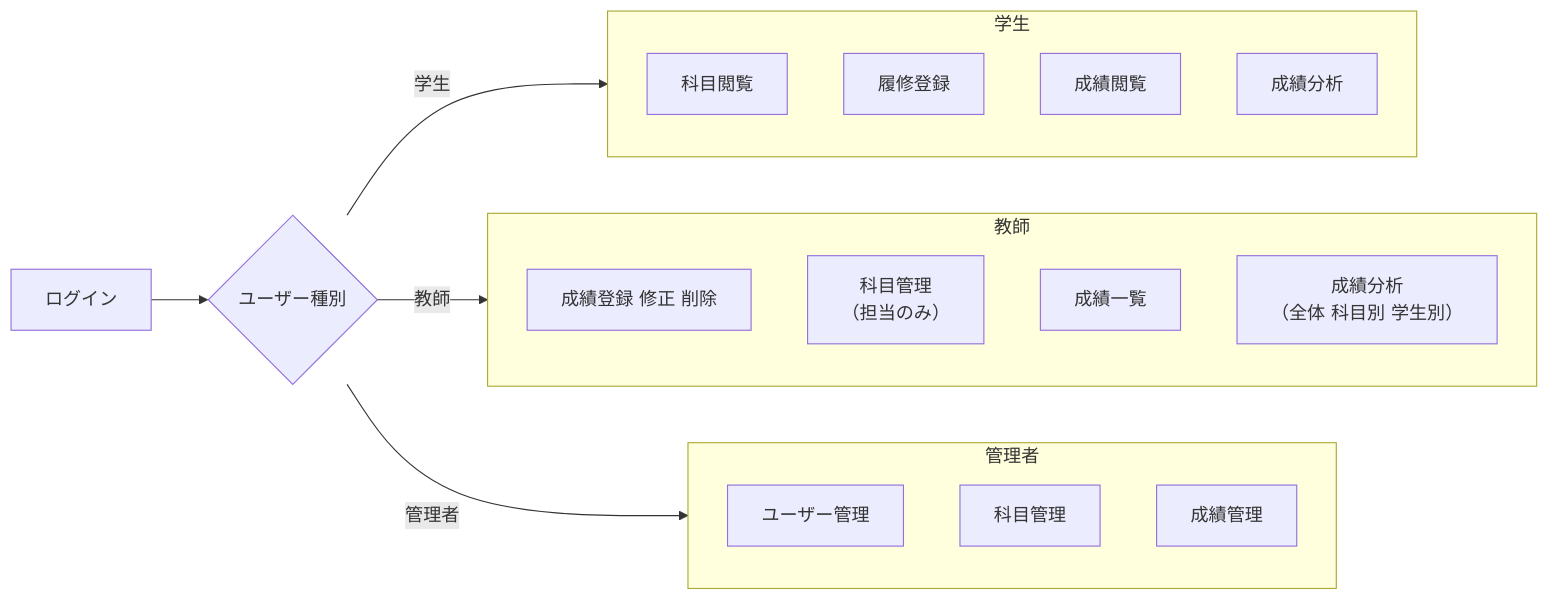
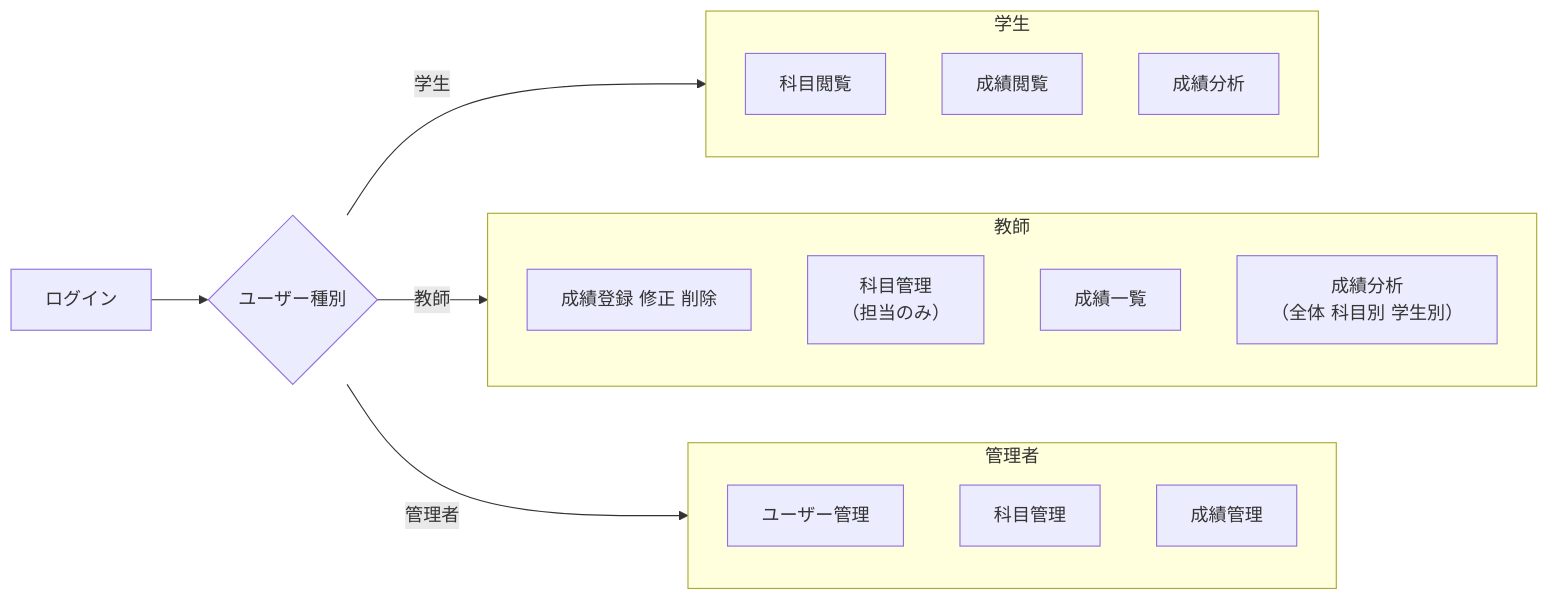
Before and after one commit to OOP2-2025-final-G03/StuMnagerSys: the first of 2 diagrams in README.md, drawn with Mermaid. The commit also changed 15 other files, not shown here.

````diff
--- a/README.md
+++ b/README.md
@@ -72,31 +72,30 @@
 ```mermaid
 flowchart LR
     Login[ログイン] --> Role{ユーザー種別}
 
     %% 学生
     subgraph Student[学生]
         S1[科目閲覧]
-        S2[履修登録]
-        S3[成績閲覧]
-        S4[成績分析]
+        S2[成績閲覧]
+        S3[成績分析]
     end
 
     %% 教師
     subgraph Teacher[教師]
         T1[成績登録 修正 削除]
         T2[科目管理<br>（担当のみ）]
         T3[成績一覧]
         T4[成績分析<br>（全体 科目別 学生別）]
     end
 
     %% 管理者
     subgraph Admin[管理者]
         A1[ユーザー管理]
         A2[科目管理]
         A3[成績管理]
     end
 
     Role -->|学生| Student
     Role -->|教師| Teacher
     Role -->|管理者| Admin
 ```
````
